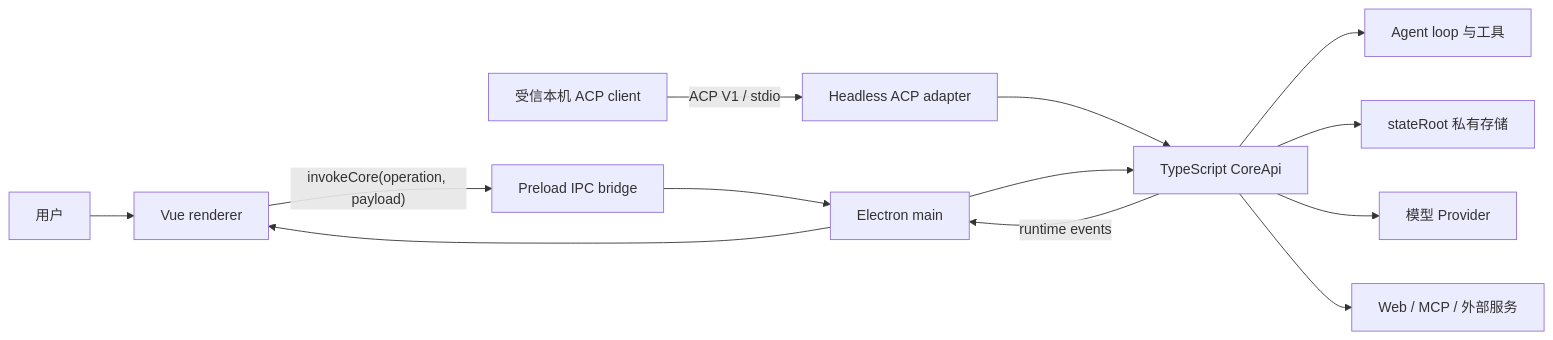
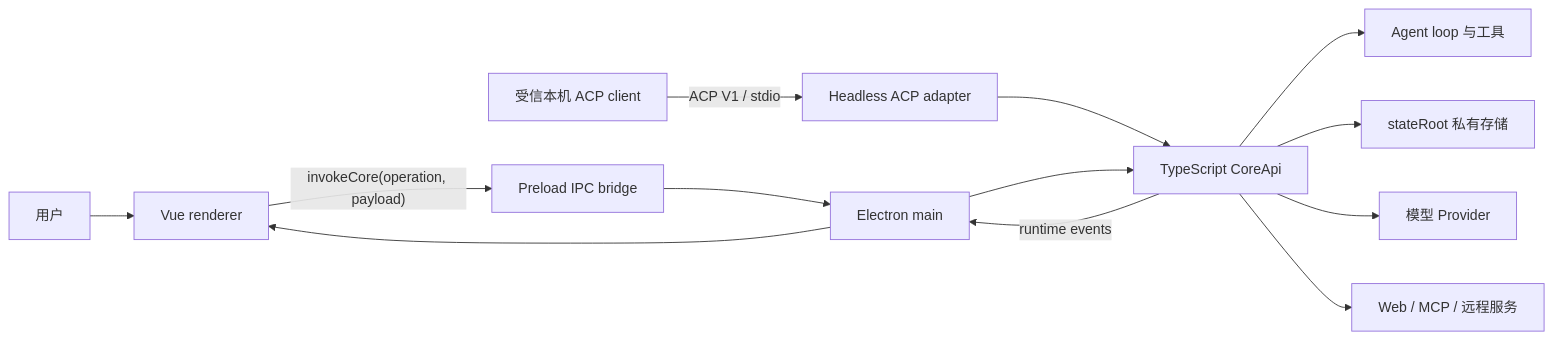
The diagram in docs/architecture/overview.md (TheSyart/emperor-agent), drawn with Mermaid before and after one commit. The commit also changed other lines of this file and 209 other files, not shown here.

````diff
--- a/docs/architecture/overview.md
+++ b/docs/architecture/overview.md
@@ -14,15 +14,15 @@
 ```mermaid
 flowchart LR
   User["用户"] --> Renderer["Vue renderer"]
   Operator["受信本机 ACP client"] -->|"ACP V1 / stdio"| Acp["Headless ACP adapter"]
   Renderer -->|"invokeCore(operation, payload)"| Preload["Preload IPC bridge"]
   Preload --> Main["Electron main"]
   Main --> Core["TypeScript CoreApi"]
   Acp --> Core
   Core --> Agent["Agent loop 与工具"]
   Core --> Stores["stateRoot 私有存储"]
   Core --> Provider["模型 Provider"]
-  Core --> External["Web / MCP / 外部服务"]
+  Core --> RemoteServices["Web / MCP / 远程服务"]
   Core -->|"runtime events"| Main
   Main --> Renderer
 ```
````
